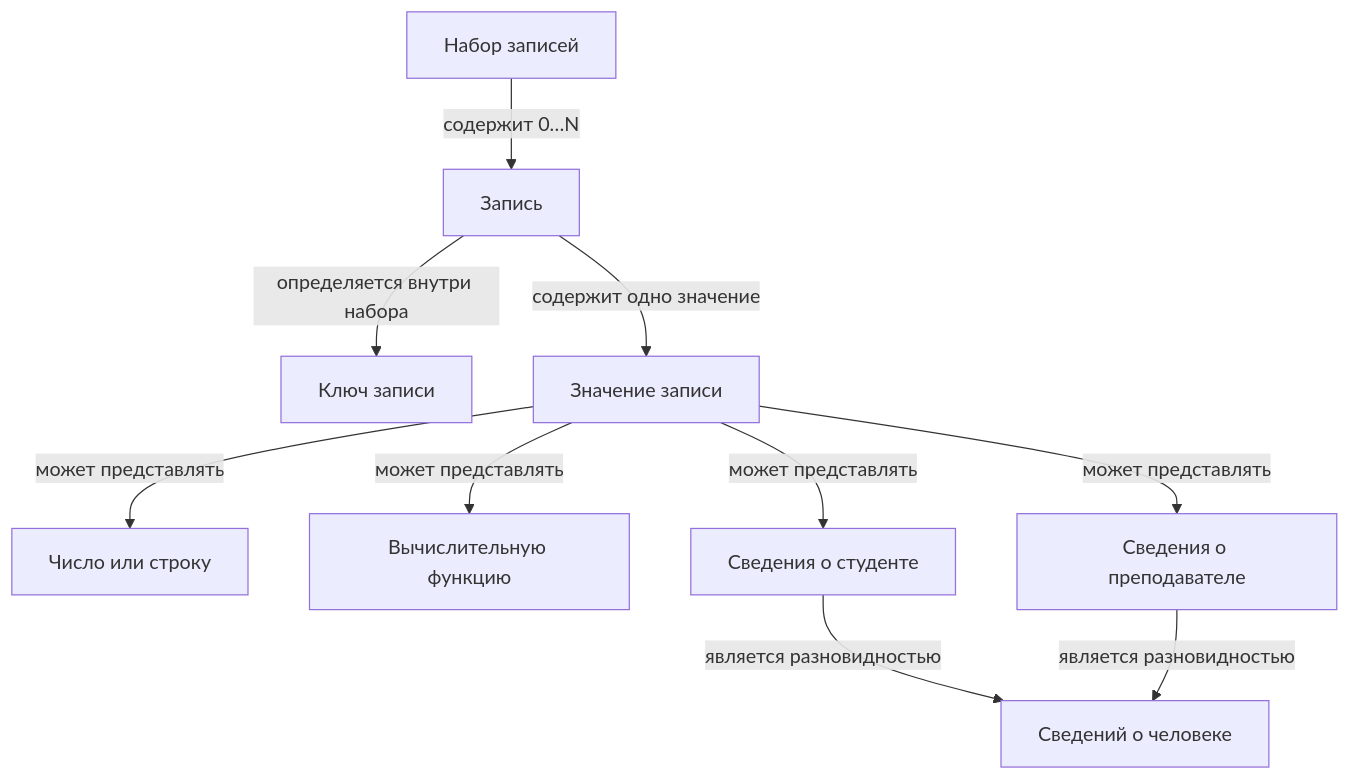
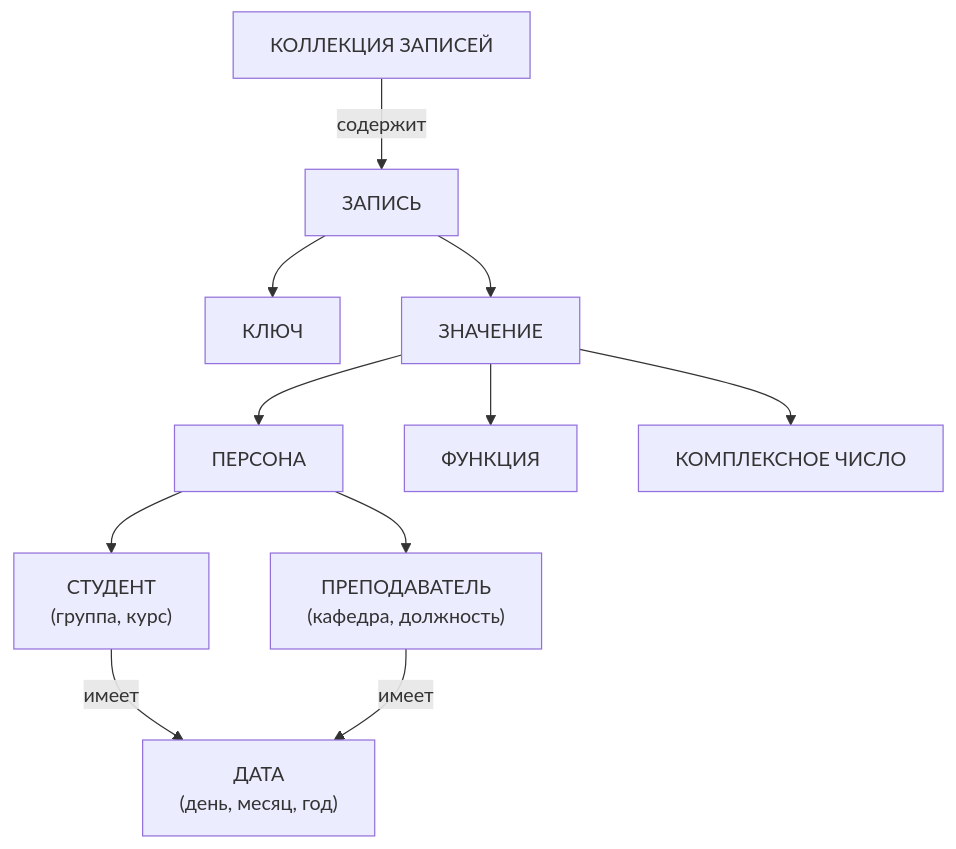
One commit to iweloveaot/RBTree changed the first of 6 diagrams in README.md. Above: the diagram before and after it, drawn with Mermaid. The commit also changed other lines of this file and 1 other file, not shown here.

````diff
--- a/README.md
+++ b/README.md
@@ -54,12 +58,13 @@
 ```mermaid
 flowchart TD
-    Set["Набор записей"] -->|"содержит 0…N"| Record["Запись"]
-    Record -->|"определяется внутри набора"| Key["Ключ записи"]
-    Record -->|"содержит одно значение"| Value["Значение записи"]
-    Value -->|"может представлять"| Scalar["Число или строку"]
-    Value -->|"может представлять"| Function["Вычислительную функцию"]
-    Value -->|"может представлять"| Student["Сведения о студенте"]
-    Value -->|"может представлять"| Teacher["Сведения о преподавателе"]
-    Student -->|"является разновидностью"| Person["Сведений о человеке"]
-    Teacher -->|"является разновидностью"| Person
+    Collection["КОЛЛЕКЦИЯ ЗАПИСЕЙ"] -->|"содержит"| Record["ЗАПИСЬ"]
+    Record --> Key["КЛЮЧ"]
+    Record --> Value["ЗНАЧЕНИЕ"]
+    Value --> Person["ПЕРСОНА"]
+    Value --> Function["ФУНКЦИЯ"]
+    Value --> Complex["КОМПЛЕКСНОЕ ЧИСЛО"]
+    Person --> Student["СТУДЕНТ<br/>(группа, курс)"]
+    Person --> Teacher["ПРЕПОДАВАТЕЛЬ<br/>(кафедра, должность)"]
+    Student -->|"имеет"| Date["ДАТА<br/>(день, месяц, год)"]
+    Teacher -->|"имеет"| Date
 ```
````
